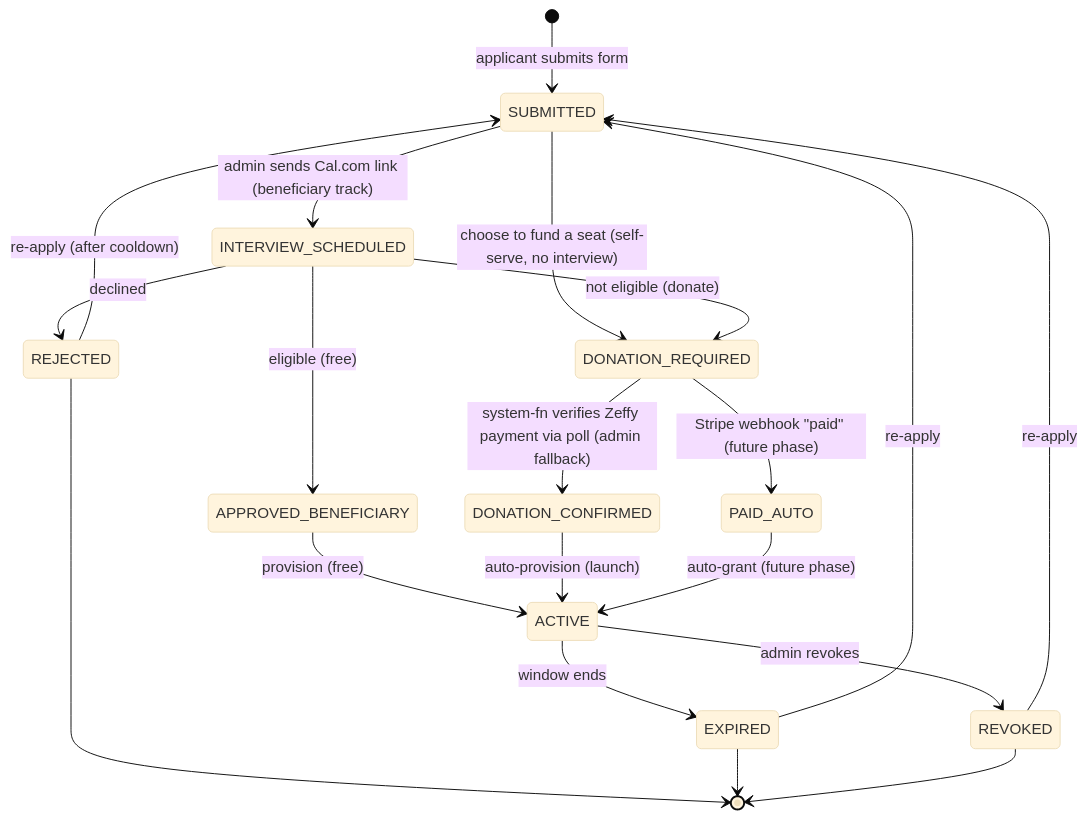
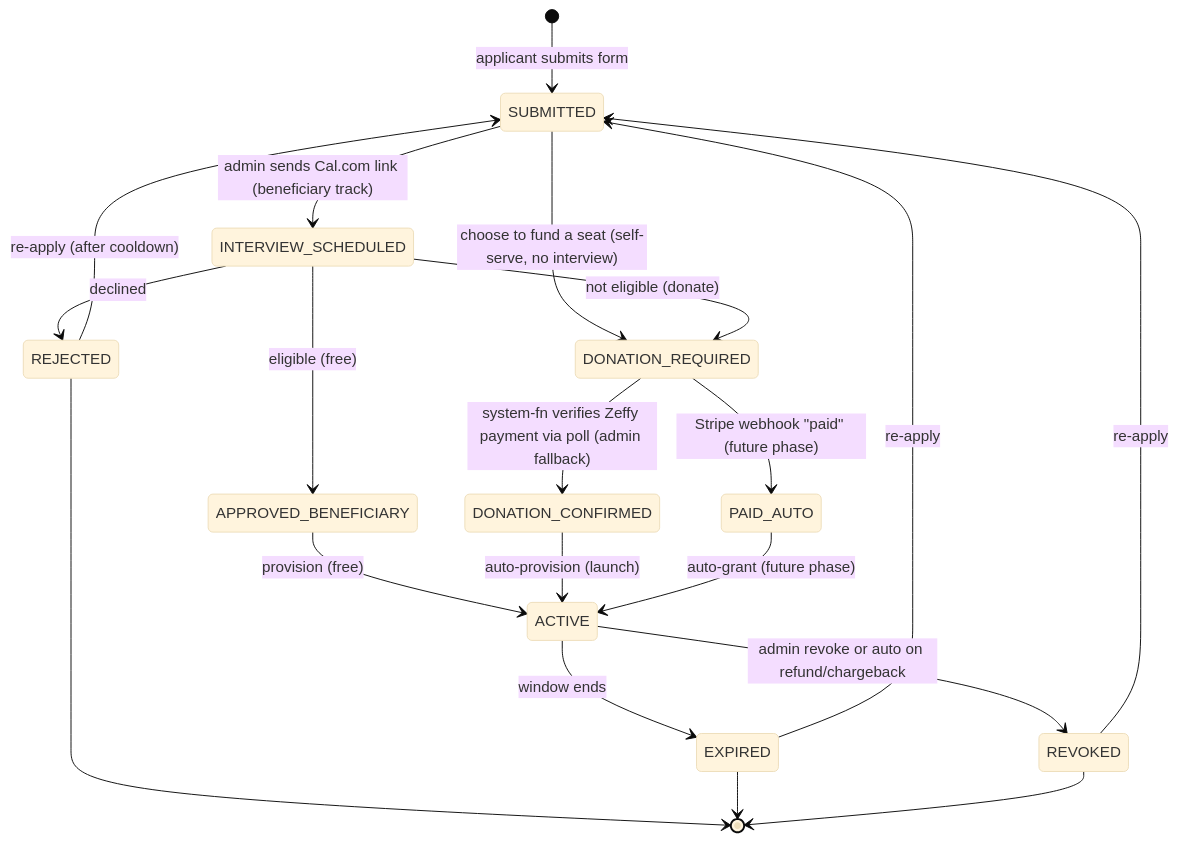
The second of 3 diagrams in docs/Customer-Journey.md (tccao/stem-career-path-ai-era), drawn with Mermaid (base theme) before and after one commit. The commit also changed 20 other files, not shown here.

Commit message:
feat: Update demo UI and flow

````diff
--- a/docs/Customer-Journey.md
+++ b/docs/Customer-Journey.md
@@ -153,25 +153,25 @@
 ```mermaid
 stateDiagram-v2
     [*] --> SUBMITTED: applicant submits form
     SUBMITTED --> INTERVIEW_SCHEDULED: admin sends Cal.com link (beneficiary track)
     SUBMITTED --> DONATION_REQUIRED: choose to fund a seat (self-serve, no interview)
     INTERVIEW_SCHEDULED --> APPROVED_BENEFICIARY: eligible (free)
     INTERVIEW_SCHEDULED --> DONATION_REQUIRED: not eligible (donate)
     INTERVIEW_SCHEDULED --> REJECTED: declined
 
     DONATION_REQUIRED --> DONATION_CONFIRMED: system-fn verifies Zeffy payment via poll (admin fallback)
     DONATION_REQUIRED --> PAID_AUTO: Stripe webhook "paid" (future phase)
 
     APPROVED_BENEFICIARY --> ACTIVE: provision (free)
     DONATION_CONFIRMED --> ACTIVE: auto-provision (launch)
     PAID_AUTO --> ACTIVE: auto-grant (future phase)
 
     ACTIVE --> EXPIRED: window ends
-    ACTIVE --> REVOKED: admin revokes
+    ACTIVE --> REVOKED: admin revoke or auto on refund/chargeback
     EXPIRED --> SUBMITTED: re-apply
     REVOKED --> SUBMITTED: re-apply
     REJECTED --> SUBMITTED: re-apply (after cooldown)
     REJECTED --> [*]
     EXPIRED --> [*]
     REVOKED --> [*]
 ```
````
